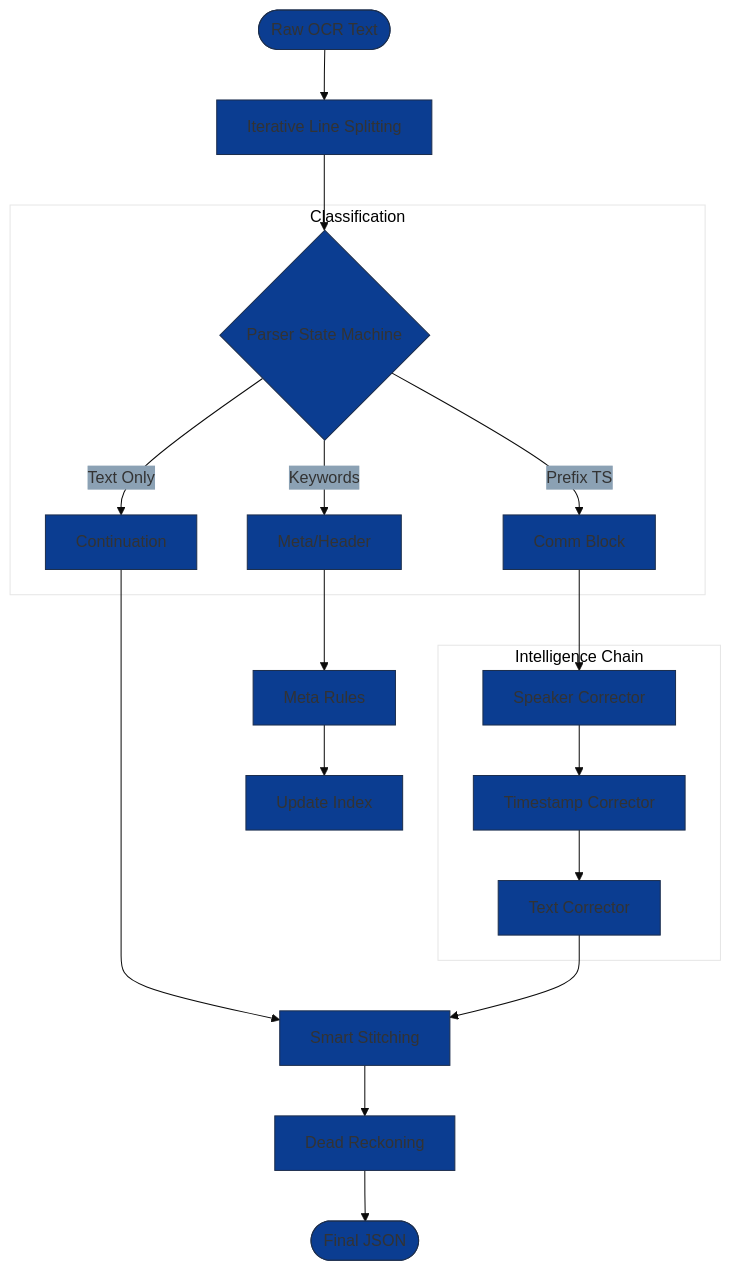
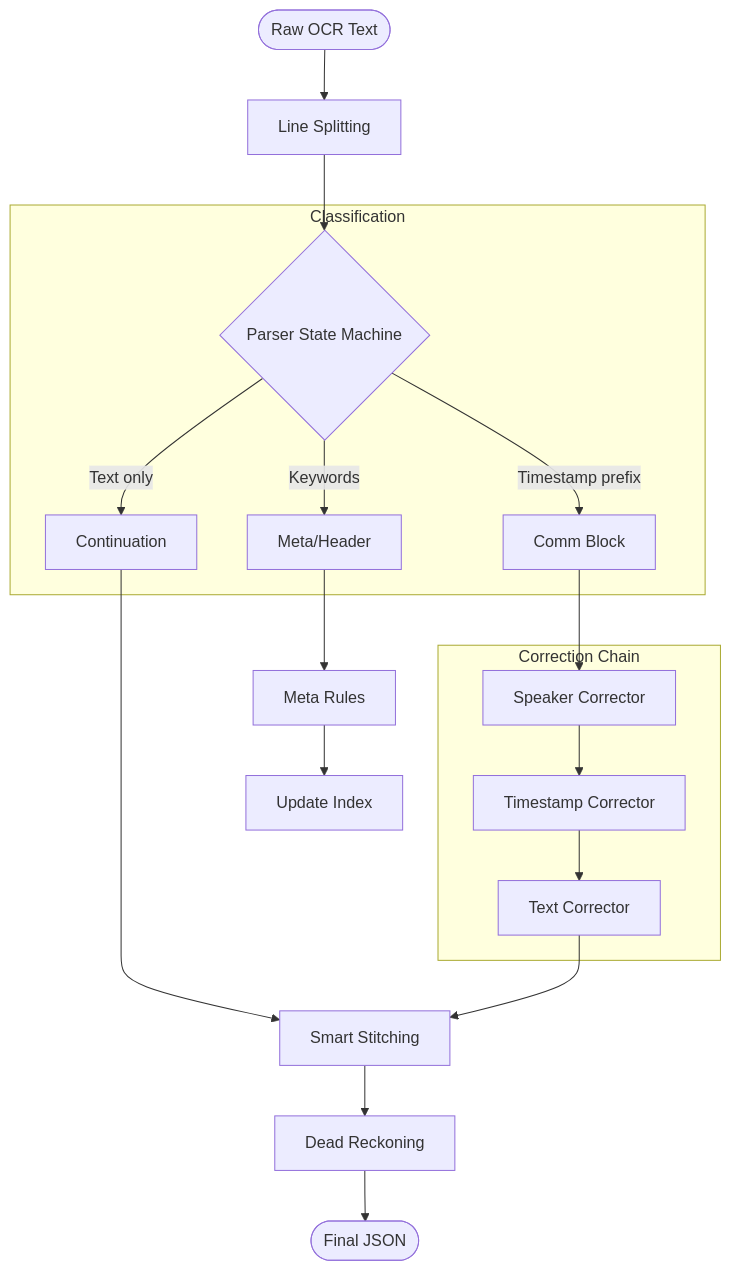
Before and after one commit to JeanLouisParent/Nasa-Transcript-Processor: the first of 4 diagrams in docs/POST_PROCESSING.md, drawn with Mermaid. The commit also changed other lines of this file and 10 other files, not shown here.

First line of the commit message:
Refactor documentation and add JSON Schema validation

````diff
--- a/docs/POST_PROCESSING.md
+++ b/docs/POST_PROCESSING.md
@@ -9,26 +19,25 @@
 ```mermaid
-%%{init: {'theme': 'base', 'themeVariables': { 'primaryColor': '#0B3D91', 'secondaryColor': '#8BA1B4', 'tertiaryColor': '#fff' }}}%%
 flowchart TD
-    Input([Raw OCR Text]) --> Split[Iterative Line Splitting]
+    Input([Raw OCR Text]) --> Split[Line Splitting]
     Split --> Parser{Parser State Machine}
 
     subgraph Classification
-        Parser -->|Prefix TS| BlockComm[Comm Block]
-        Parser -->|Keywords| BlockMeta[Meta/Header]
-        Parser -->|Text Only| BlockCont[Continuation]
+        Parser -->|Timestamp prefix| Comm[Comm Block]
+        Parser -->|Keywords| Meta[Meta/Header]
+        Parser -->|Text only| Cont[Continuation]
     end
 
-    subgraph Intelligence["Intelligence Chain"]
-        BlockComm --> Spk[Speaker Corrector]
+    subgraph "Correction Chain"
+        Comm --> Spk[Speaker Corrector]
         Spk --> Time[Timestamp Corrector]
         Time --> Text[Text Corrector]
     end
 
-    BlockCont --> Stitch[Smart Stitching]
-    BlockMeta --> MetaRules[Meta Rules]
-    MetaRules --> Index[Update Index]
+    Cont --> Stitch[Smart Stitching]
+    Meta --> Rules[Meta Rules]
     Text --> Stitch
+    Rules --> Index[Update Index]
 
-    Stitch --> Meta[Dead Reckoning]
-    Meta --> Output([Final JSON])
+    Stitch --> Dead[Dead Reckoning]
+    Dead --> Output([Final JSON])
 ```
````
